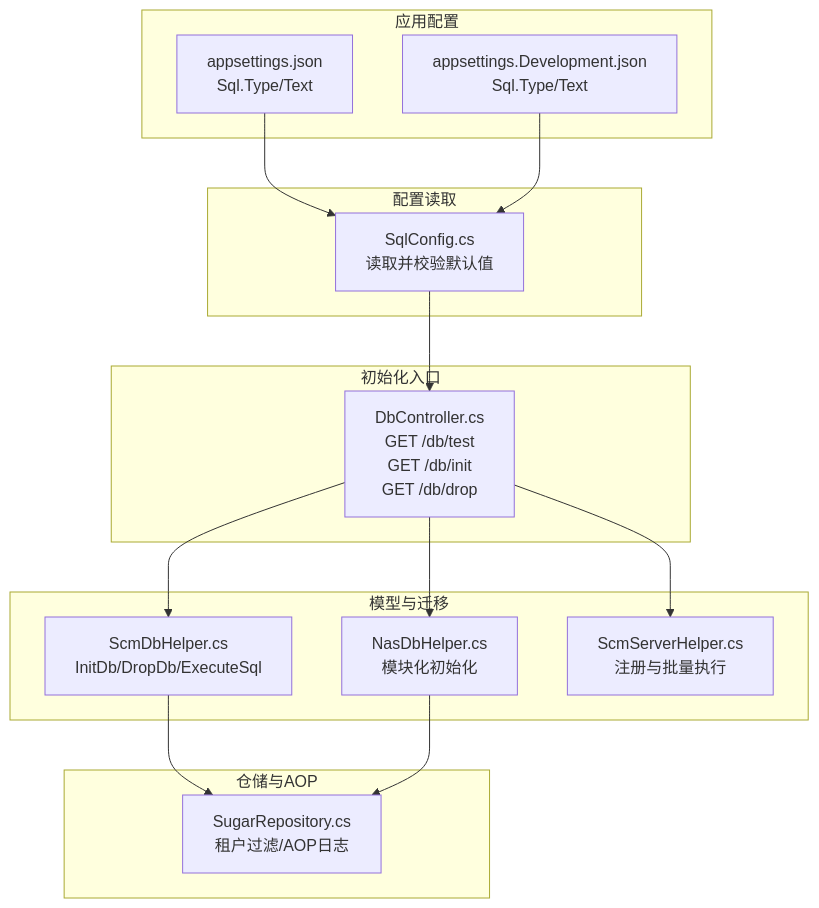
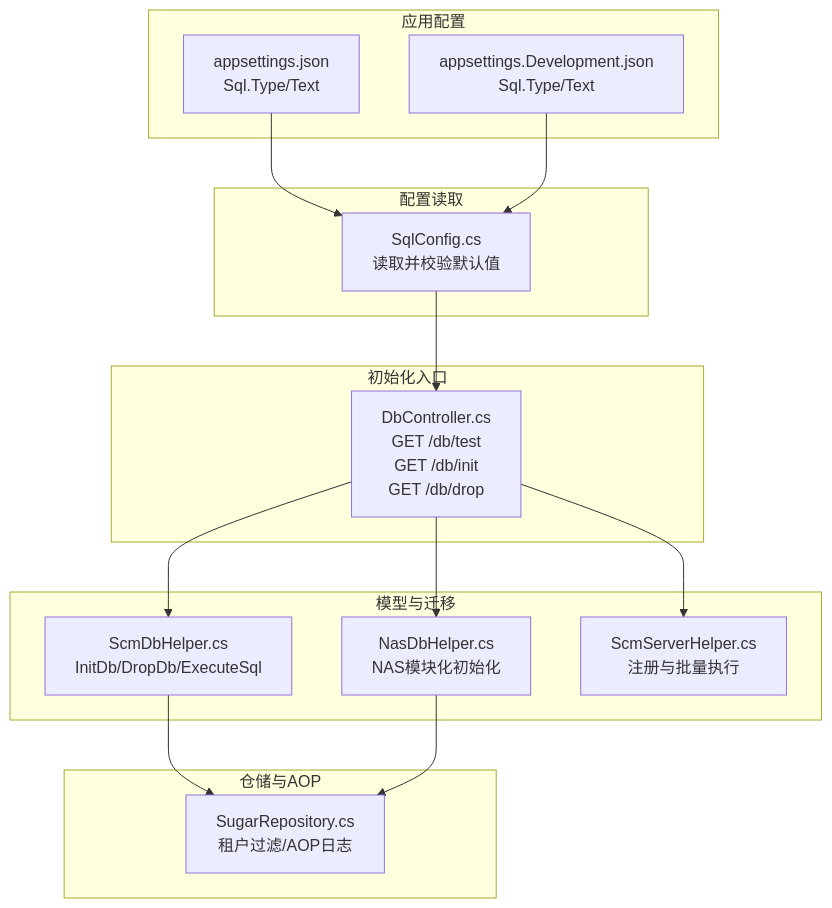
The first of 5 diagrams in .qoder/repowiki/zh/content/部署指南/数据库初始化.md (leadiot/Scm.Net), drawn with Mermaid before and after one commit. The commit also changed other lines of this file and 10 other files, not shown here.

````diff
--- a/.qoder/repowiki/zh/content/部署指南/数据库初始化.md
+++ b/.qoder/repowiki/zh/content/部署指南/数据库初始化.md
@@ -38,29 +52,29 @@
 ```mermaid
 graph TB
 subgraph "应用配置"
 A["appsettings.json<br/>Sql.Type/Text"]
 B["appsettings.Development.json<br/>Sql.Type/Text"]
 end
 subgraph "配置读取"
 C["SqlConfig.cs<br/>读取并校验默认值"]
 end
 subgraph "初始化入口"
 D["DbController.cs<br/>GET /db/test<br/>GET /db/init<br/>GET /db/drop"]
 end
 subgraph "模型与迁移"
 E["ScmDbHelper.cs<br/>InitDb/DropDb/ExecuteSql"]
-F["NasDbHelper.cs<br/>模块化初始化"]
+F["NasDbHelper.cs<br/>NAS模块化初始化"]
 G["ScmServerHelper.cs<br/>注册与批量执行"]
 end
 subgraph "仓储与AOP"
 H["SugarRepository.cs<br/>租户过滤/AOP日志"]
 end
 A --> C
 B --> C
 C --> D
 D --> E
 D --> F
 D --> G
 E --> H
 F --> H
 ```
````
